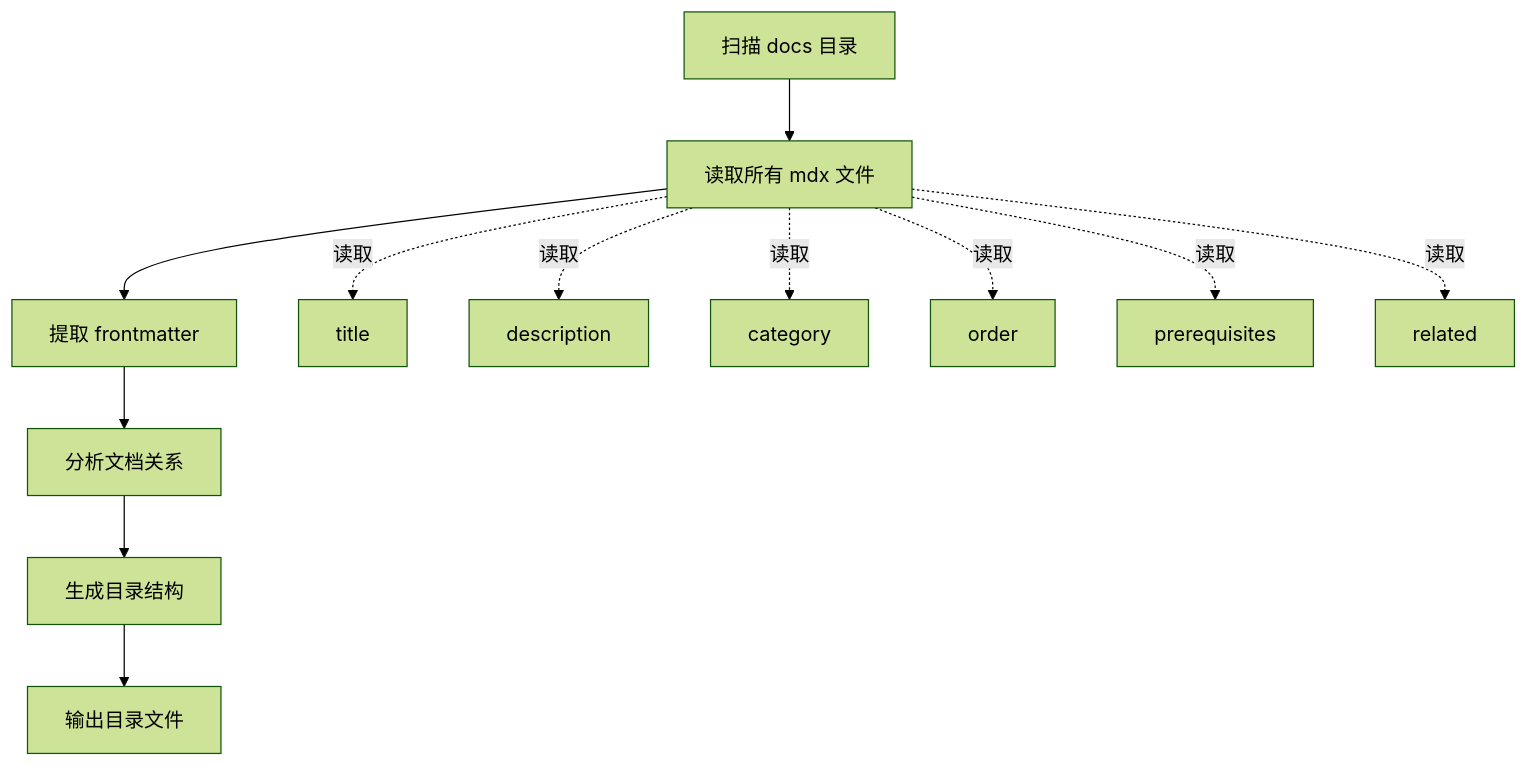
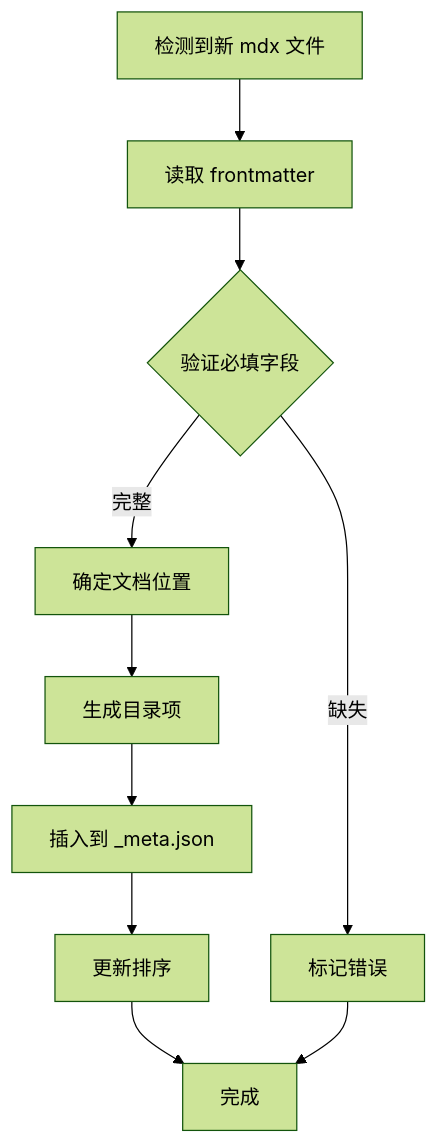
The second of 6 diagrams in .agents/skills/feat-docs-tutorial/09-toc-manager.md (smartboot/feat), drawn with Mermaid (forest theme) before and after one commit. The commit also changed other lines of this file, not shown here.

````diff
--- a/.agents/skills/feat-docs-tutorial/09-toc-manager.md
+++ b/.agents/skills/feat-docs-tutorial/09-toc-manager.md
@@ -28,15 +113,12 @@
 ```mermaid
 flowchart TD
-    A[扫描 docs 目录] --> B[读取所有 mdx 文件]
-    B --> C[提取 frontmatter]
-    C --> D[分析文档关系]
-    D --> E[生成目录结构]
-    E --> F[输出目录文件]
-    
-    B -.->|读取| B1[title]
-    B -.->|读取| B2[description]
-    B -.->|读取| B3[category]
-    B -.->|读取| B4[order]
-    B -.->|读取| B5[prerequisites]
-    B -.->|读取| B6[related]
+    A[检测到新 mdx 文件] --> B[读取 frontmatter]
+    B --> C{验证必填字段}
+    C -->|缺失| D[标记错误]
+    C -->|完整| E[确定文档位置]
+    E --> F[生成目录项]
+    F --> G[插入到 _meta.json]
+    G --> H[更新排序]
+    H --> I[完成]
+    D --> I
 ```
````
